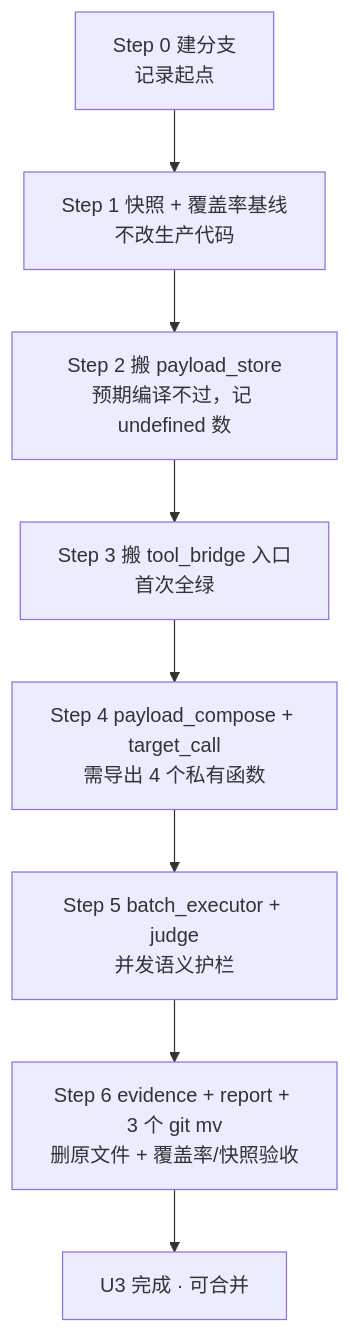
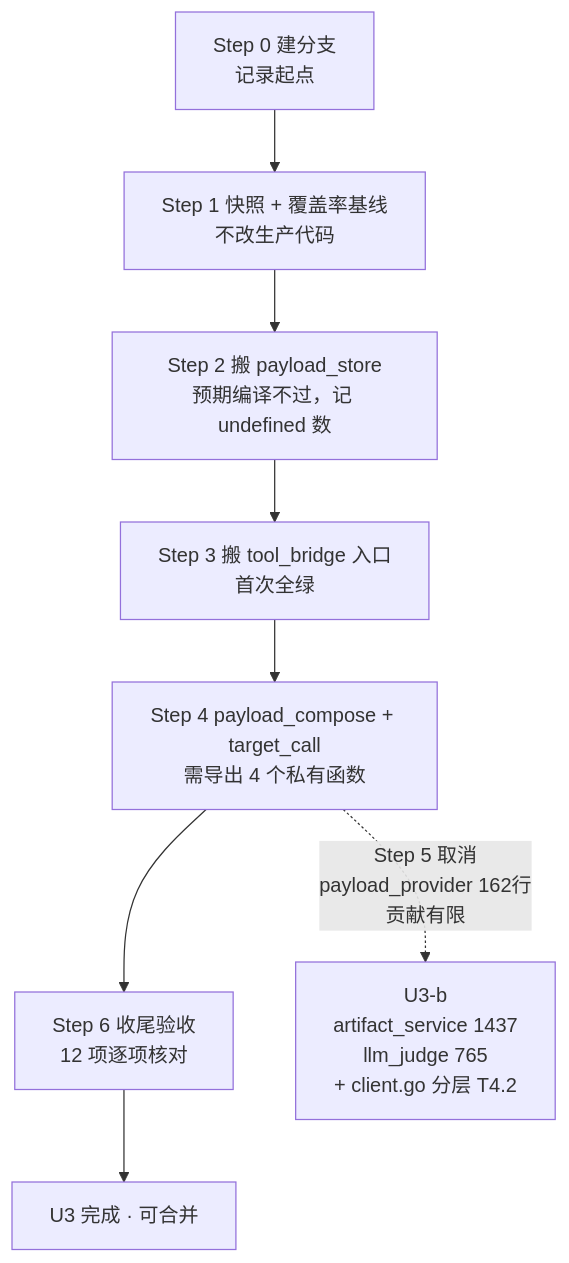
Before and after one commit to Ddmiurge/evaluating-platform-backup: the diagram in audit-2026-10-09/11-U3结构治理详细设计.md, drawn with Mermaid. The commit also changed other lines of this file, not shown here.

First line of the commit message:
docs(U3): Step 6 转为收尾验收 + 前端修复定性 + U3-b 交接说明

````diff
--- a/audit-2026-10-09/11-U3结构治理详细设计.md
+++ b/audit-2026-10-09/11-U3结构治理详细设计.md
@@ -1248,10 +1251,10 @@
 ```mermaid
 graph TB
     S0["Step 0 建分支<br/>记录起点"] --> S1["Step 1 快照 + 覆盖率基线<br/>不改生产代码"]
     S1 --> S2["Step 2 搬 payload_store<br/>预期编译不过，记 undefined 数"]
     S2 --> S3["Step 3 搬 tool_bridge 入口<br/>首次全绿"]
     S3 --> S4["Step 4 payload_compose + target_call<br/>需导出 4 个私有函数"]
-    S4 --> S5["Step 5 batch_executor + judge<br/>并发语义护栏"]
-    S5 --> S6["Step 6 evidence + report + 3 个 git mv<br/>删原文件 + 覆盖率/快照验收"]
+    S4 --> S6["Step 6 收尾验收<br/>12 项逐项核对"]
     S6 --> DONE["U3 完成 · 可合并"]
+    S4 -.->|"Step 5 取消<br/>payload_provider 162行<br/>贡献有限"| U3B["U3-b<br/>artifact_service 1437<br/>llm_judge 765<br/>+ client.go 分层 T4.2"]
 ```
````
